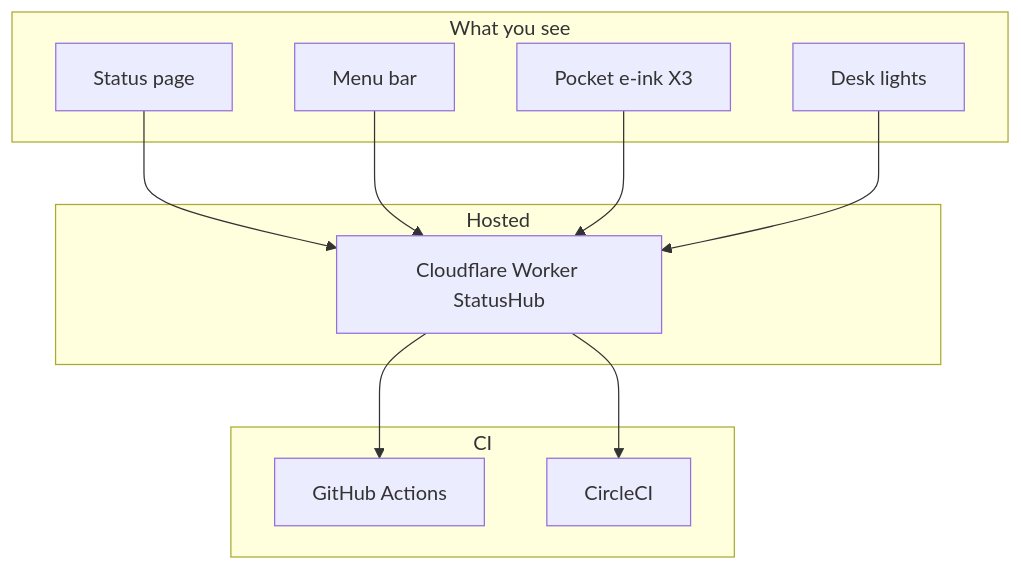
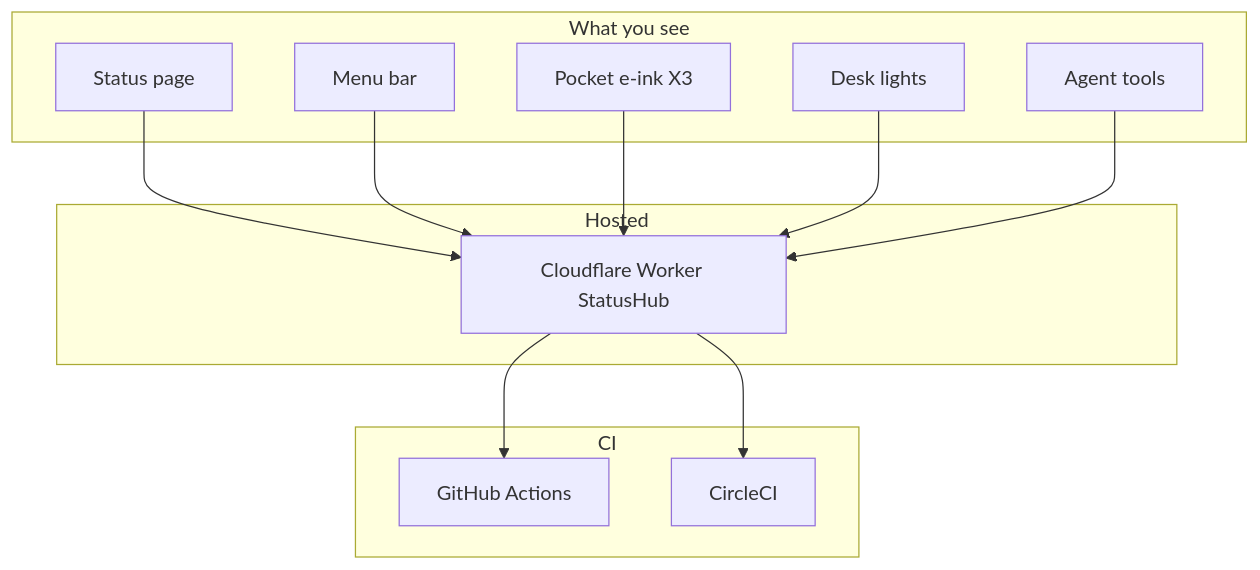
One commit to mzworthington/gpio-build-monitor changed the first of 3 diagrams in README.md. Above: the diagram before and after it, drawn with Mermaid. The commit also changed other lines of this file and 6 other files, not shown here.

````diff
--- a/README.md
+++ b/README.md
@@ -27,25 +27,27 @@
 ```mermaid
 flowchart TB
   subgraph see [What you see]
     WebUI[Status page]
     Mac[Menu bar]
     X3[Pocket e-ink X3]
     LEDs[Desk lights]
+    Agent[Agent tools]
   end
 
   subgraph hosted [Hosted]
     Worker[Cloudflare Worker StatusHub]
   end
 
   subgraph ci [CI]
     GH[GitHub Actions]
     CCI[CircleCI]
   end
 
   WebUI --> Worker
   Mac --> Worker
   X3 --> Worker
   LEDs --> Worker
+  Agent --> Worker
   Worker --> GH
   Worker --> CCI
 ```
````
